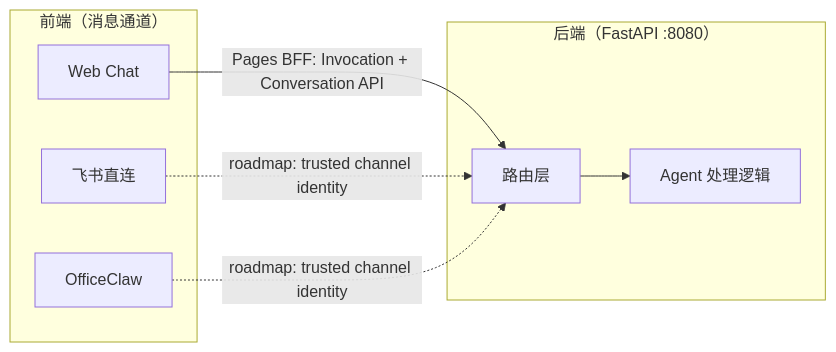
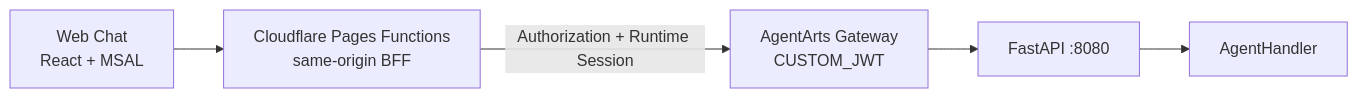
Before and after one commit to git-malu/personal-assistant: the second of 7 diagrams in personal-assistant-meta/architecture/overall_architecture.md, drawn with Mermaid. The commit also changed other lines of this file, not shown here.

First line of the commit message:
docs: rewrite overall architecture as current implementation baseline

````diff
--- a/personal-assistant-meta/architecture/overall_architecture.md
+++ b/personal-assistant-meta/architecture/overall_architecture.md
@@ -102,18 +108,7 @@
 ```mermaid
 flowchart LR
-    subgraph Frontends["前端（消息通道）"]
-        WebChat["Web Chat"]
-        Feishu["飞书直连"]
-        OC["OfficeClaw"]
-    end
-
-    subgraph Backend["后端（FastAPI :8080）"]
-        Routes["路由层"]
-        Handler["Agent 处理逻辑"]
-    end
-
-    WebChat -->|"Pages BFF: Invocation + Conversation API"| Routes
-    Feishu -. "roadmap: trusted channel identity" .-> Routes
-    OC -. "roadmap: trusted channel identity" .-> Routes
-    Routes --> Handler
+    WebChat["Web Chat<br/>React + MSAL"] --> Pages["Cloudflare Pages Functions<br/>same-origin BFF"]
+    Pages -->|"Authorization + Runtime Session"| Gateway["AgentArts Gateway<br/>CUSTOM_JWT"]
+    Gateway --> Service["FastAPI :8080"]
+    Service --> Agent["AgentHandler"]
 ```
````
